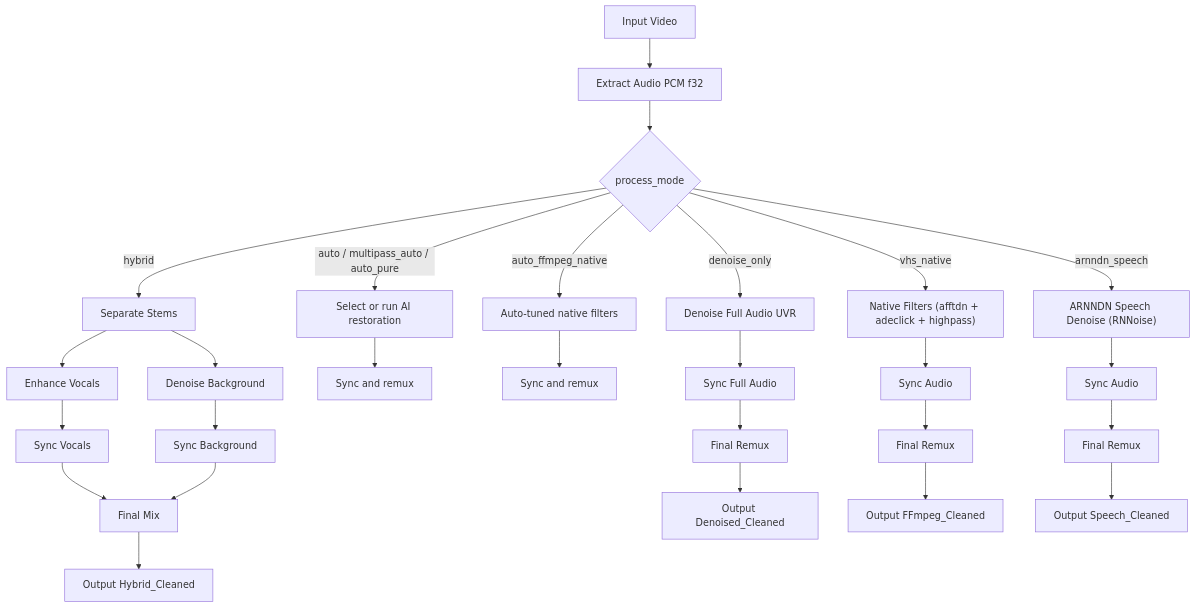
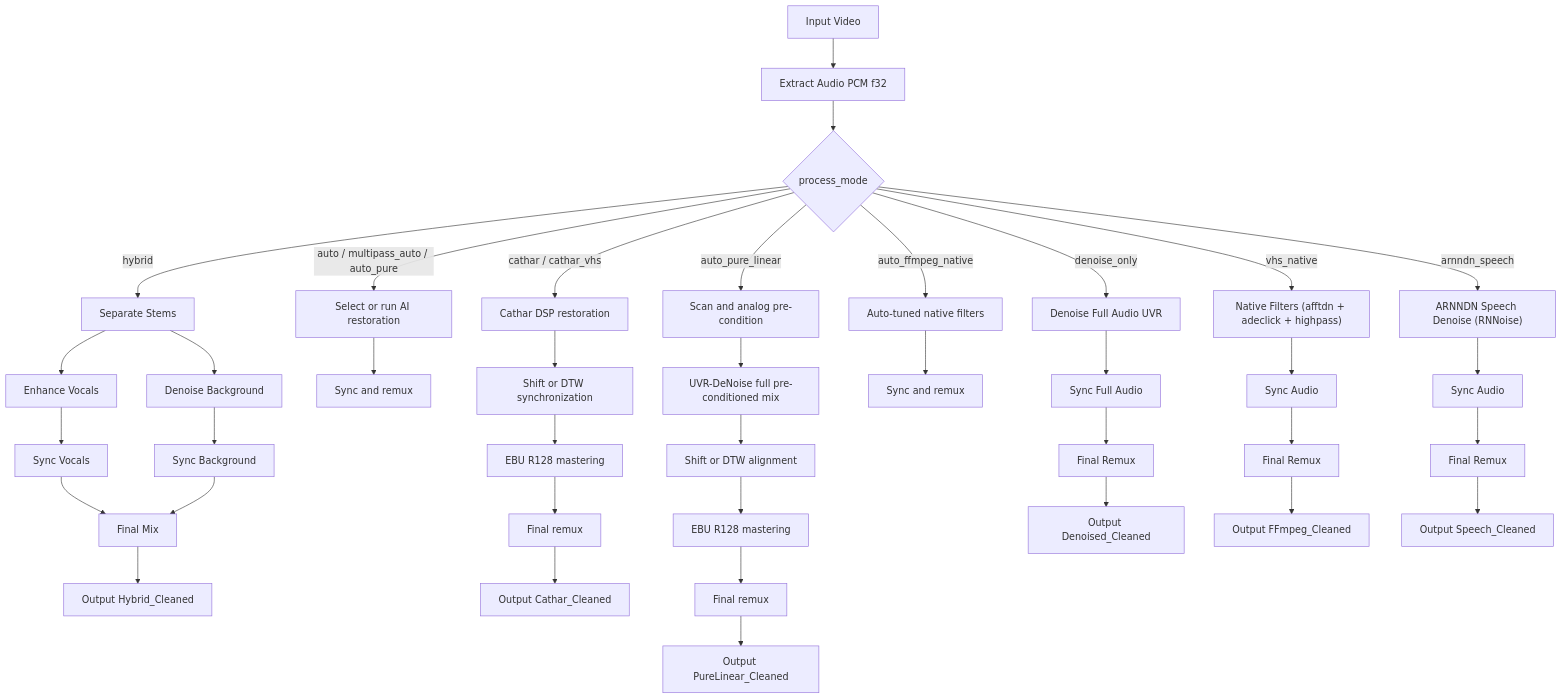
The diagram in docs/pipeline_logic.md (ventura8/AI-Hybrid-VHS-Audio-Restorer), drawn with Mermaid before and after one commit. The commit also changed other lines of this file and 110 other files, not shown here.

First line of the commit message:
v1.2.0: add adaptive VHS restoration and multilingual validation

````diff
--- a/docs/pipeline_logic.md
+++ b/docs/pipeline_logic.md
@@ -115,35 +148,48 @@
 ```mermaid
 flowchart TD
     A[Input Video] --> B[Extract Audio PCM f32]
     B --> M{process_mode}
 
     M -->|hybrid| H1[Separate Stems]
     H1 --> H2[Enhance Vocals]
     H1 --> H3[Denoise Background]
     H2 --> H4[Sync Vocals]
     H3 --> H5[Sync Background]
     H4 --> H6[Final Mix]
     H5 --> H6
     H6 --> HO[Output Hybrid_Cleaned]
 
     M -->|auto / multipass_auto / auto_pure| A1[Select or run AI restoration]
     A1 --> A2[Sync and remux]
+
+    M -->|cathar / cathar_vhs| C1[Cathar DSP restoration]
+    C1 --> C2[Shift or DTW synchronization]
+    C2 --> C3[EBU R128 mastering]
+    C3 --> C4[Final remux]
+    C4 --> CO[Output Cathar_Cleaned]
+
+    M -->|auto_pure_linear| L1[Scan and analog pre-condition]
+    L1 --> L2[UVR-DeNoise full pre-conditioned mix]
+    L2 --> L3[Shift or DTW alignment]
+    L3 --> L4[EBU R128 mastering]
+    L4 --> L5[Final remux]
+    L5 --> LO[Output PureLinear_Cleaned]
 
     M -->|auto_ffmpeg_native| F1[Auto-tuned native filters]
     F1 --> F2[Sync and remux]
 
     M -->|denoise_only| D1[Denoise Full Audio UVR]
     D1 --> D2[Sync Full Audio]
     D2 --> D3[Final Remux]
     D3 --> DO[Output Denoised_Cleaned]
 
     M -->|vhs_native| V1["Native Filters (afftdn + adeclick + highpass)"]
     V1 --> V2[Sync Audio]
     V2 --> V3[Final Remux]
     V3 --> VO[Output FFmpeg_Cleaned]
 
     M -->|arnndn_speech| S1["ARNNDN Speech Denoise (RNNoise)"]
     S1 --> S2[Sync Audio]
     S2 --> S3[Final Remux]
     S3 --> SO[Output Speech_Cleaned]
 ```
````
